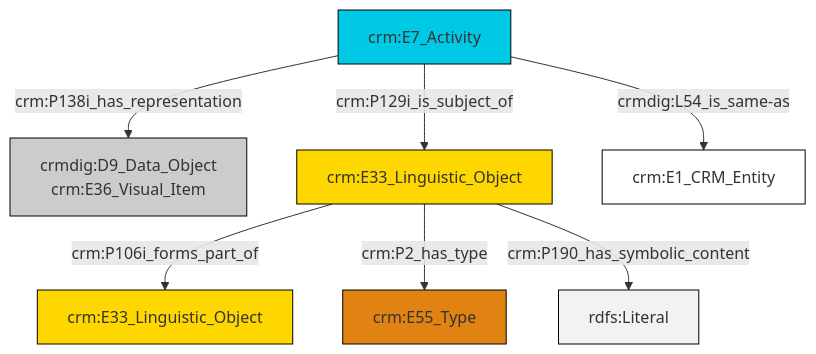
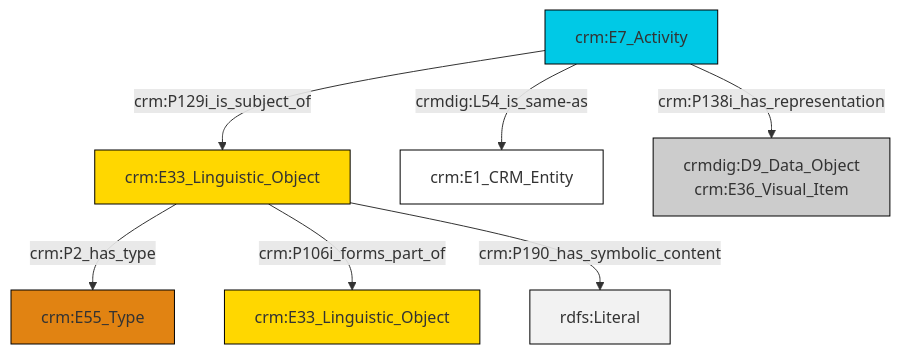
One commit to swiss-art-research-net/reference-data-models changed the diagram in et/eventCSV/ttl/mmd/event_documentation.ttl.mmd. Above: the diagram before and after it, drawn with Mermaid. The commit also changed 126 other files, not shown here.

```diff
--- a/et/eventCSV/ttl/mmd/event_documentation.ttl.mmd
+++ b/et/eventCSV/ttl/mmd/event_documentation.ttl.mmd
@@ -1,21 +1,21 @@
 graph TD
 classDef Literal fill:#f2f2f2,stroke:#000000;
 classDef CRM_Entity fill:#FFFFFF,stroke:#000000;
 classDef Temporal_Entity fill:#00C9E6, stroke:#000000;
 classDef Type fill:#E18312, stroke:#000000;
 classDef Time-Span fill:#2C9C91, stroke:#000000;
 classDef Appellation fill:#FFEB7F, stroke:#000000;
 classDef Place fill:#008836, stroke:#000000;
 classDef Persistent_Item fill:#B266B2, stroke:#000000;
 classDef Conceptual_Object fill:#FFD700, stroke:#000000;
 classDef Physical_Thing fill:#D2B48C, stroke:#000000;
 classDef Actor fill:#f58aad, stroke:#000000;
 classDef PC_Classes fill:#4ce600, stroke:#000000;
 classDef Multi fill:#cccccc,stroke:#000000;
 
-2["crm:E33_Linguistic_Object"]:::Conceptual_Object -->|crm:P106i_forms_part_of| 3["crm:E33_Linguistic_Object"]:::Conceptual_Object
-4["crm:E7_Activity"]:::Temporal_Entity -->|crmdig:L54_is_same-as| 5["crm:E1_CRM_Entity"]:::CRM_Entity
+0["crm:E7_Activity"]:::Temporal_Entity -->|crmdig:L54_is_same-as| 6["crm:E1_CRM_Entity"]:::CRM_Entity
+0["crm:E7_Activity"]:::Temporal_Entity -->|crm:P138i_has_representation| 9["crmdig:D9_Data_Object<br>crm:E36_Visual_Item"]:::Multi
 2["crm:E33_Linguistic_Object"]:::Conceptual_Object -->|crm:P2_has_type| 7["crm:E55_Type"]:::Type
-4["crm:E7_Activity"]:::Temporal_Entity -->|crm:P129i_is_subject_of| 2["crm:E33_Linguistic_Object"]:::Conceptual_Object
-4["crm:E7_Activity"]:::Temporal_Entity -->|crm:P138i_has_representation| 0["crmdig:D9_Data_Object<br>crm:E36_Visual_Item"]:::Multi
+2["crm:E33_Linguistic_Object"]:::Conceptual_Object -->|crm:P106i_forms_part_of| 4["crm:E33_Linguistic_Object"]:::Conceptual_Object
+0["crm:E7_Activity"]:::Temporal_Entity -->|crm:P129i_is_subject_of| 2["crm:E33_Linguistic_Object"]:::Conceptual_Object
 2["crm:E33_Linguistic_Object"]:::Conceptual_Object -->|crm:P190_has_symbolic_content| 12[rdfs:Literal]:::Literal
```
